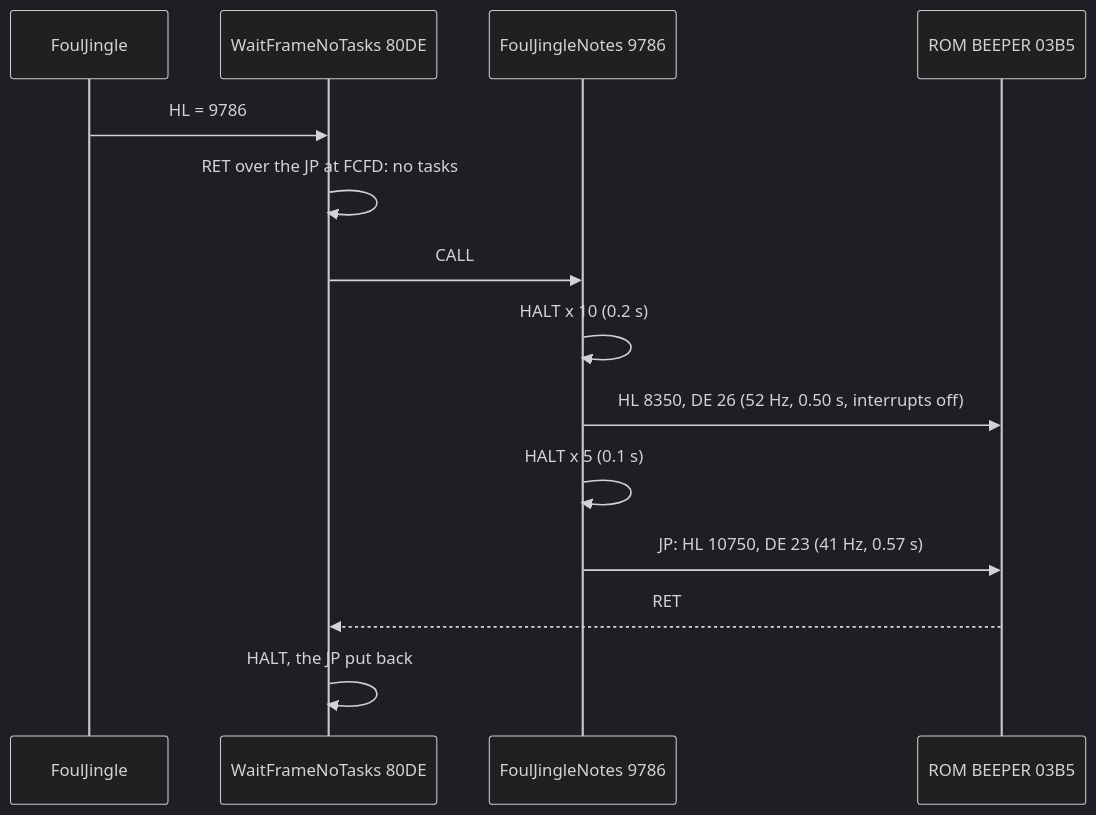
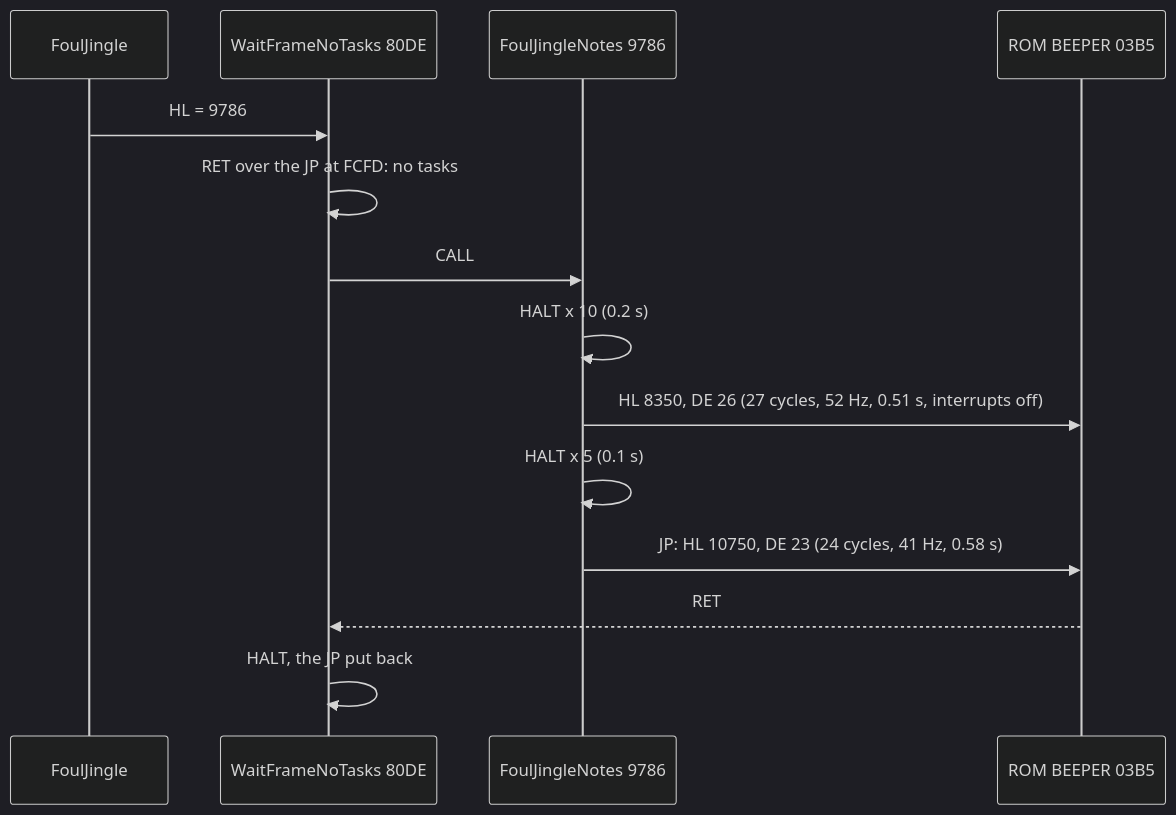
One commit to alfishe/unrealng-reverse-cases changed the fifth of 8 diagrams in games/video-pool/docs/09-sound.md. Above: the diagram before and after it, drawn with Mermaid (dark theme). The commit also changed other lines of this file and 51 other files, not shown here.

````diff
--- a/games/video-pool/docs/09-sound.md
+++ b/games/video-pool/docs/09-sound.md
@@ -619,16 +672,16 @@
 ```mermaid
 sequenceDiagram
     participant F as FoulJingle
     participant W as WaitFrameNoTasks 80DE
     participant N as FoulJingleNotes 9786
     participant B as ROM BEEPER 03B5
     F->>W: HL = 9786
     W->>W: RET over the JP at FCFD: no tasks
     W->>N: CALL
     N->>N: HALT x 10 (0.2 s)
-    N->>B: HL 8350, DE 26 (52 Hz, 0.50 s, interrupts off)
+    N->>B: HL 8350, DE 26 (27 cycles, 52 Hz, 0.51 s, interrupts off)
     N->>N: HALT x 5 (0.1 s)
-    N->>B: JP: HL 10750, DE 23 (41 Hz, 0.57 s)
+    N->>B: JP: HL 10750, DE 23 (24 cycles, 41 Hz, 0.58 s)
     B-->>W: RET
     W->>W: HALT, the JP put back
 ```
````
